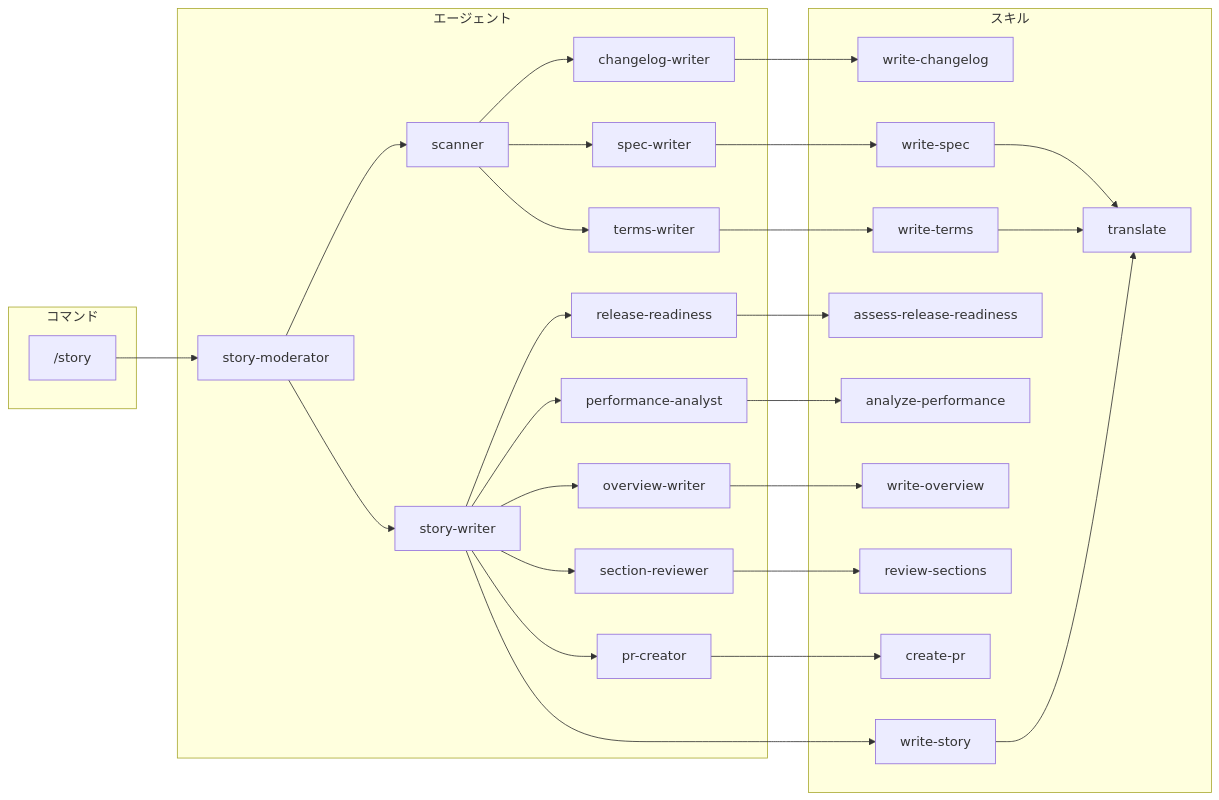
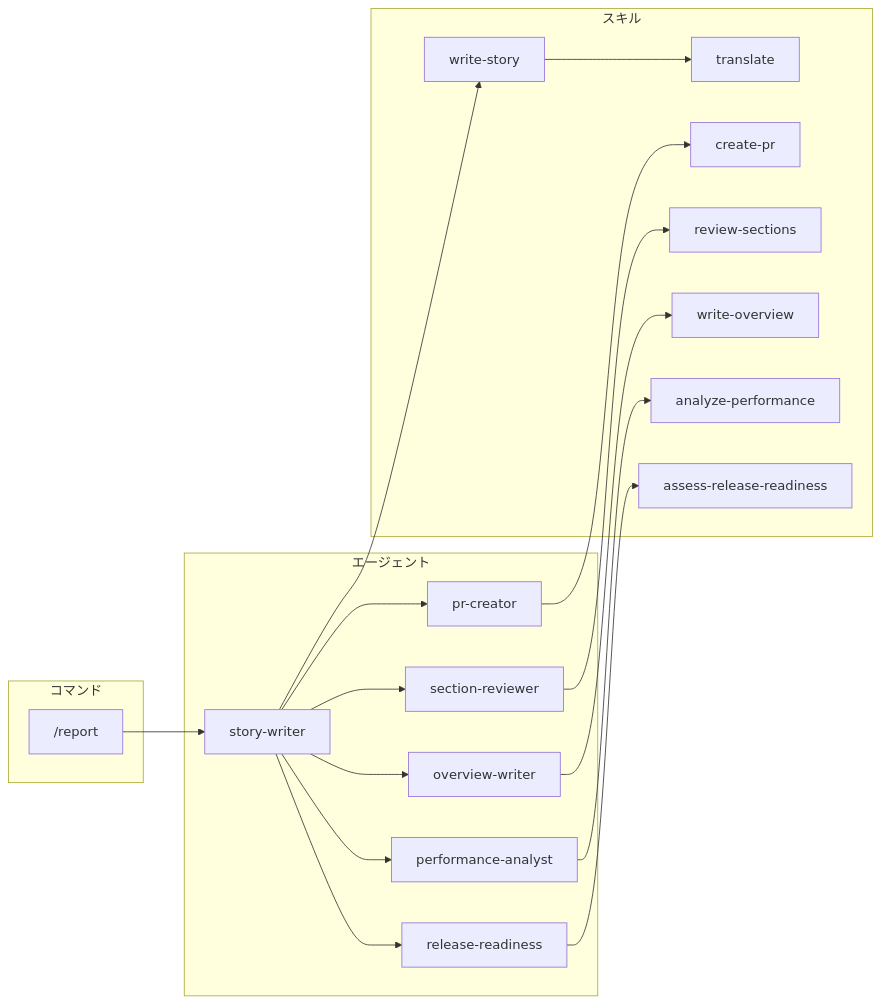
The fifth of 7 diagrams in .workaholic/specs/architecture_ja.md (qmu/workaholic), drawn with Mermaid before and after one commit. The commit also changed other lines of this file and 16 other files, not shown here.

````diff
--- a/.workaholic/specs/architecture_ja.md
+++ b/.workaholic/specs/architecture_ja.md
@@ -267,55 +306,39 @@
 ```mermaid
 flowchart LR
     subgraph コマンド
-        story["/story"]
+        report["/report"]
     end
 
     subgraph エージェント
-        sm[story-moderator]
-        sc[scanner]
         sw[story-writer]
-        cw[changelog-writer]
-        spw[spec-writer]
-        tw[terms-writer]
         rr[release-readiness]
         pa[performance-analyst]
         ow[overview-writer]
         sr[section-reviewer]
         pc[pr-creator]
     end
 
     subgraph スキル
         ws[write-story]
-        wc[write-changelog]
-        wsp[write-spec]
-        wt[write-terms]
         arr[assess-release-readiness]
         ap[analyze-performance]
         wo[write-overview]
         rs[review-sections]
         tr[translate]
         cp[create-pr]
     end
 
-    story --> sm
+    report --> sw
 
-    sm --> sc & sw
-
-    sc --> cw & spw & tw
     sw --> rr & pa & ow & sr & pc
 
-    cw --> wc
-    spw --> wsp
-    tw --> wt
     rr --> arr
     pa --> ap
     ow --> wo
     sr --> rs
     sw --> ws
     pc --> cp
 
     %% Skill-to-skill
     ws --> tr
-    wsp --> tr
-    wt --> tr
 ```
````
